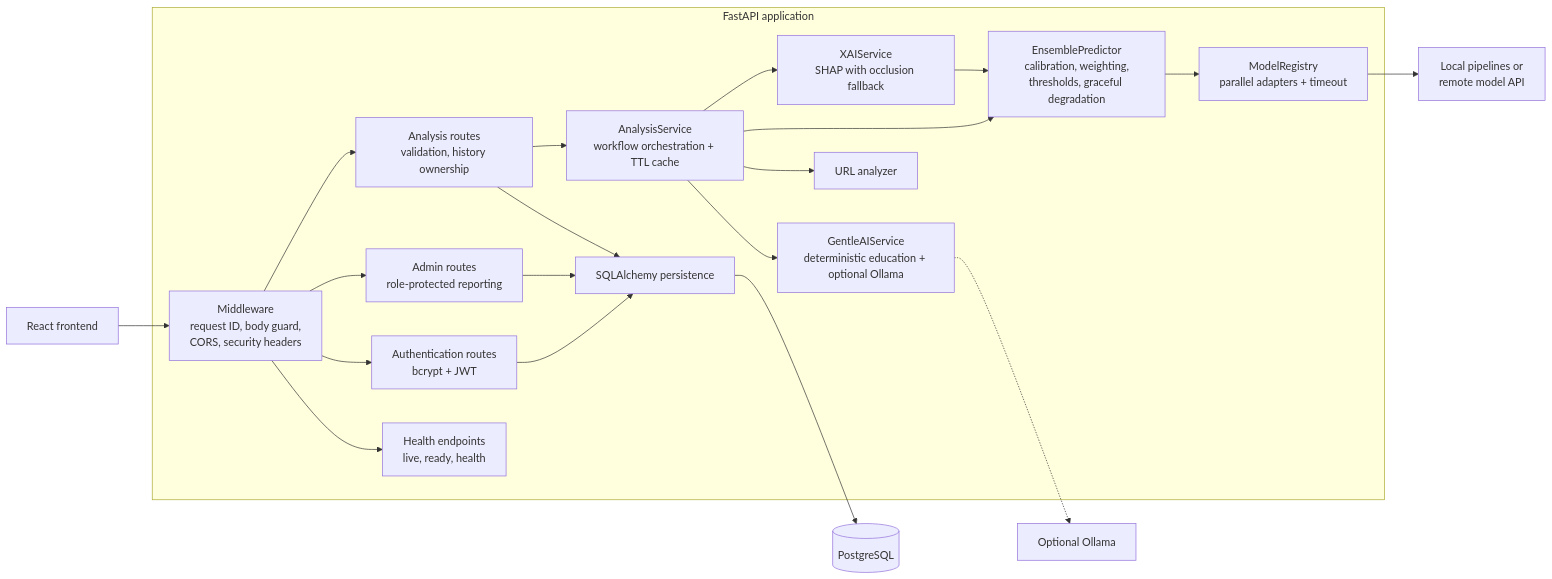
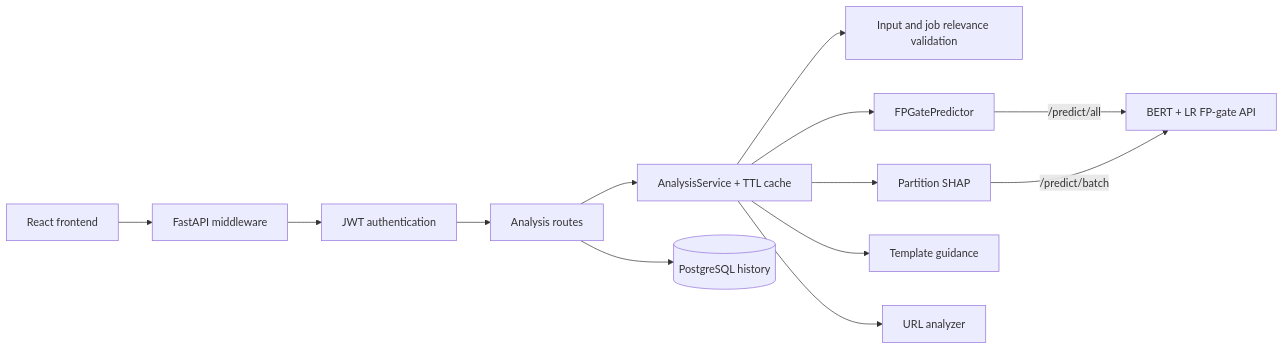
One commit to XinXie70/recruitment-fraud-detection-platform changed the diagram in docs/architecture/backend-components.md. Above: the diagram before and after it, drawn with Mermaid. The commit also changed other lines of this file and 230 other files, not shown here.

Commit message:
refactor: switch runtime to FP-gate model service

````diff
--- a/docs/architecture/backend-components.md
+++ b/docs/architecture/backend-components.md
@@ -3,43 +3,15 @@
 ```mermaid
 flowchart LR
-    ui["React frontend"]
-
-    subgraph api["FastAPI application"]
-        middleware["Middleware<br/>request ID, body guard,<br/>CORS, security headers"]
-        auth["Authentication routes<br/>bcrypt + JWT"]
-        analysis["Analysis routes<br/>validation, history ownership"]
-        admin["Admin routes<br/>role-protected reporting"]
-        health["Health endpoints<br/>live, ready, health"]
-
-        service["AnalysisService<br/>workflow orchestration + TTL cache"]
-        ensemble["EnsemblePredictor<br/>calibration, weighting,<br/>thresholds, graceful degradation"]
-        registry["ModelRegistry<br/>parallel adapters + timeout"]
-        xai["XAIService<br/>SHAP with occlusion fallback"]
-        gentle["GentleAIService<br/>deterministic education + optional Ollama"]
-        url["URL analyzer"]
-        persistence["SQLAlchemy persistence"]
-    end
-
-    db[("PostgreSQL")]
-    models["Local pipelines or<br/>remote model API"]
-    ollama["Optional Ollama"]
-
-    ui --> middleware
-    middleware --> auth
-    middleware --> analysis
-    middleware --> admin
-    middleware --> health
-    auth --> persistence
-    admin --> persistence
-    analysis --> service
-    analysis --> persistence
-    service --> ensemble
-    service --> xai
-    service --> gentle
-    service --> url
-    ensemble --> registry
-    registry --> models
-    xai --> ensemble
-    gentle -.-> ollama
-    persistence --> db
+    ui["React frontend"] --> middleware["FastAPI middleware"]
+    middleware --> auth["JWT authentication"]
+    auth --> analysis["Analysis routes"]
+    analysis --> service["AnalysisService + TTL cache"]
+    service --> validator["Input and job relevance validation"]
+    service --> predictor["FPGatePredictor"]
+    predictor -->|"/predict/all"| model["BERT + LR FP-gate API"]
+    service --> xai["Partition SHAP"]
+    xai -->|"/predict/batch"| model
+    service --> gentle["Template guidance"]
+    service --> url["URL analyzer"]
+    analysis --> db[("PostgreSQL history")]
 ```
````
